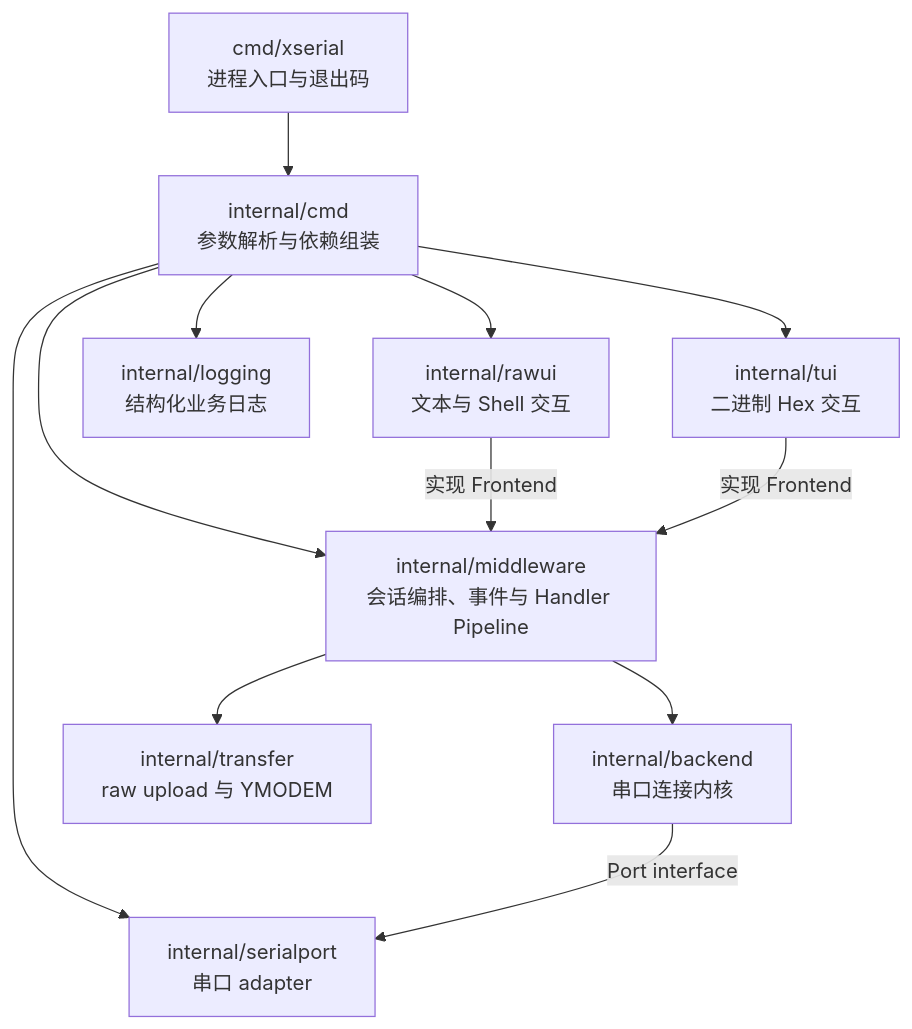
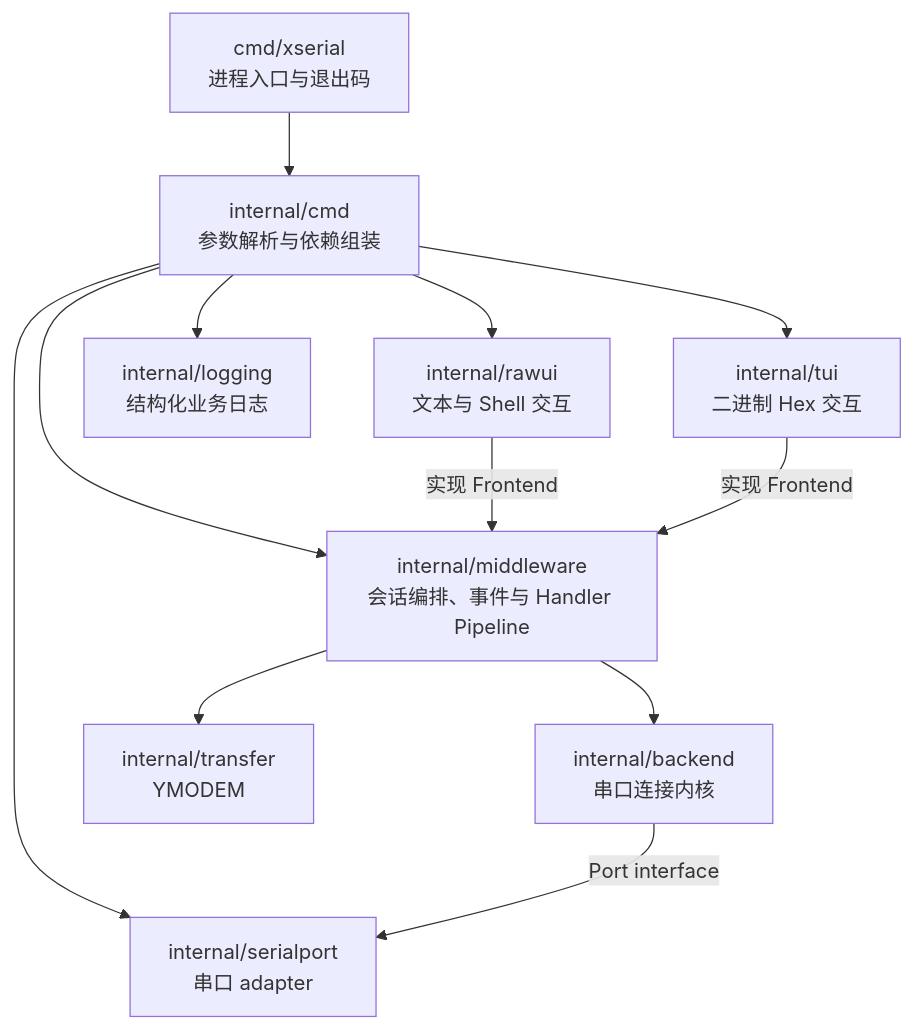
Before and after one commit to ZhiWei-Ou/xserial: the first of 3 diagrams in docs/architecture.md, drawn with Mermaid. The commit also changed other lines of this file and 18 other files, not shown here.

Commit message:
feat(transfer): remove raw file upload

````diff
--- a/docs/architecture.md
+++ b/docs/architecture.md
@@ -7,27 +7,27 @@
 ```mermaid
 flowchart TB
     Entry[cmd/xserial<br/>进程入口与退出码]
     Cmd[internal/cmd<br/>参数解析与依赖组装]
 
     Raw[internal/rawui<br/>文本与 Shell 交互]
     TUI[internal/tui<br/>二进制 Hex 交互]
 
     Middleware[internal/middleware<br/>会话编排、事件与 Handler Pipeline]
     Backend[internal/backend<br/>串口连接内核]
-    Transfer[internal/transfer<br/>raw upload 与 YMODEM]
+    Transfer[internal/transfer<br/>YMODEM]
 
     Serial[internal/serialport<br/>串口 adapter]
     Logging[internal/logging<br/>结构化业务日志]
 
     Entry --> Cmd
     Cmd --> Raw
     Cmd --> TUI
     Cmd --> Middleware
     Cmd --> Serial
     Cmd --> Logging
     Raw -->|实现 Frontend| Middleware
     TUI -->|实现 Frontend| Middleware
     Middleware --> Backend
     Middleware --> Transfer
     Backend -->|Port interface| Serial
 ```
````
